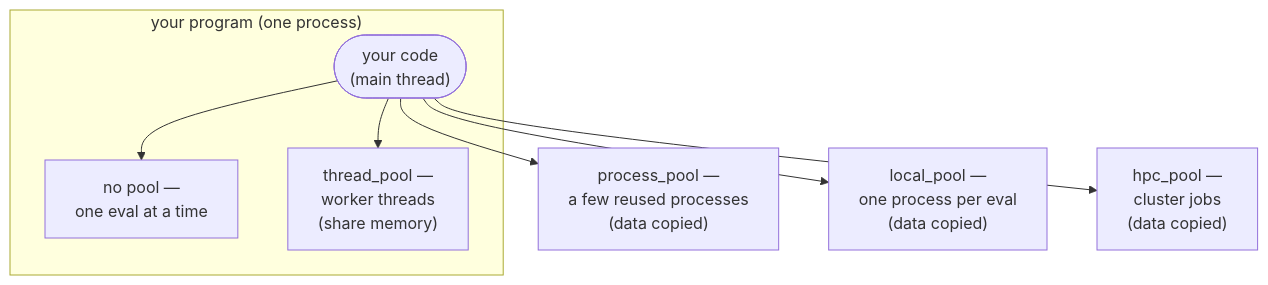
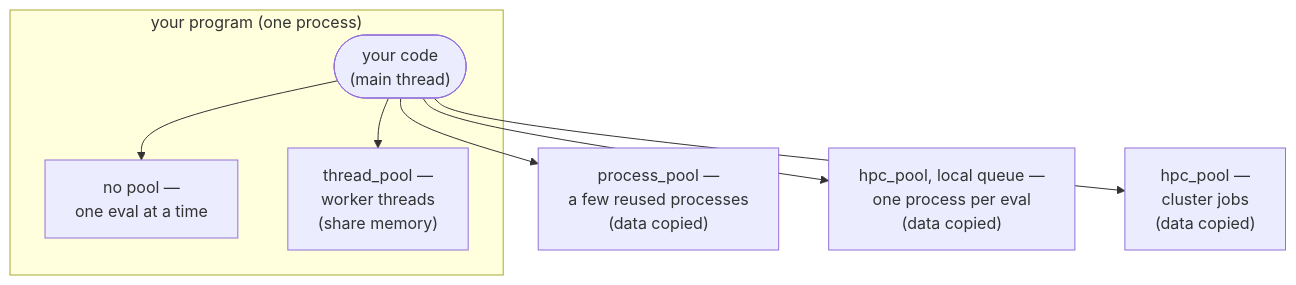
One commit to TNO-ropt/ropt changed the diagram in docs/running/parallel.md. Above: the diagram before and after it, drawn with Mermaid. The commit also changed other lines of this file and 14 other files, not shown here.

Commit message:
Document run_program, abort behaviour per pool and local jobs, with a run_program example

````diff
--- a/docs/running/parallel.md
+++ b/docs/running/parallel.md
@@ -39,16 +39,16 @@
 ```mermaid
 flowchart TB
     subgraph proc["your program (one process)"]
         main(["your code<br/>(main thread)"])
         seq["no pool —<br/>one eval at a time"]
         th["thread_pool —<br/>worker threads<br/>(share memory)"]
     end
     wp["process_pool —<br/>a few reused processes<br/>(data copied)"]
-    loc["local_pool —<br/>one process per eval<br/>(data copied)"]
+    loc["hpc_pool, local queue —<br/>one process per eval<br/>(data copied)"]
     clu["hpc_pool —<br/>cluster jobs<br/>(data copied)"]
     main --> seq
     main --> th
     main --> wp
     main --> loc
     main --> clu
 ```
````
